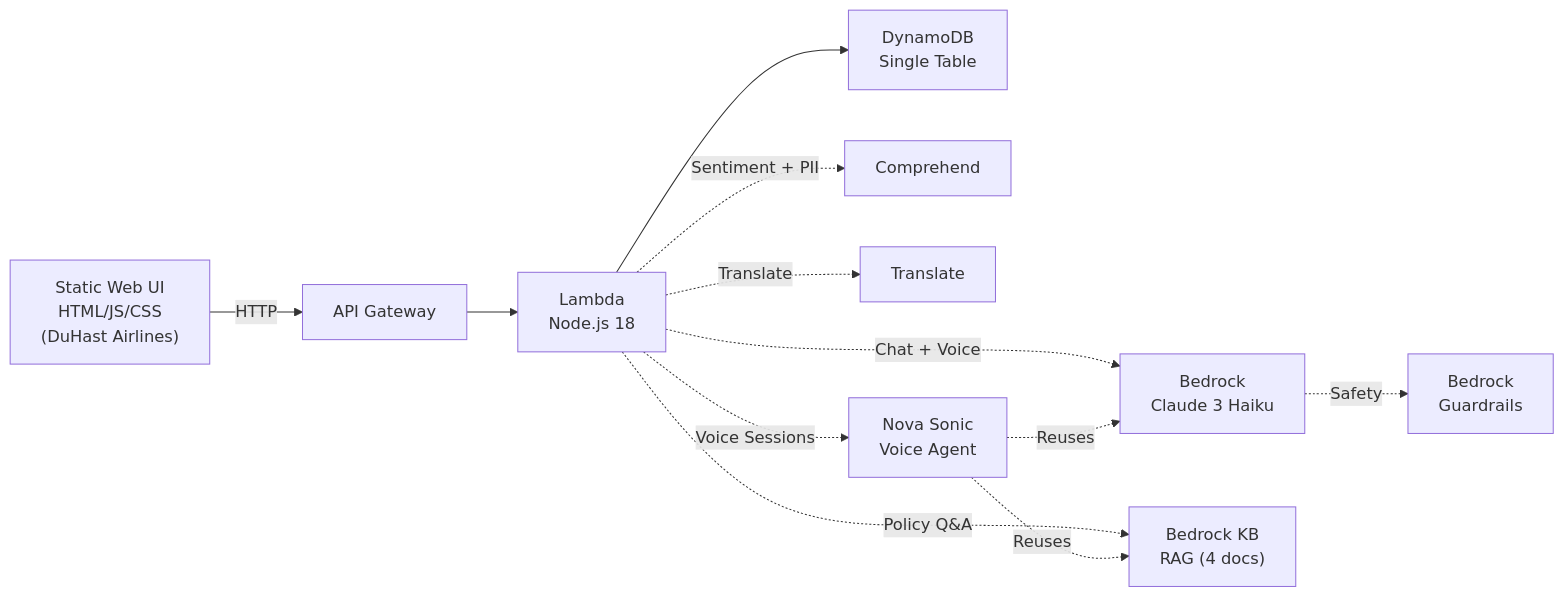
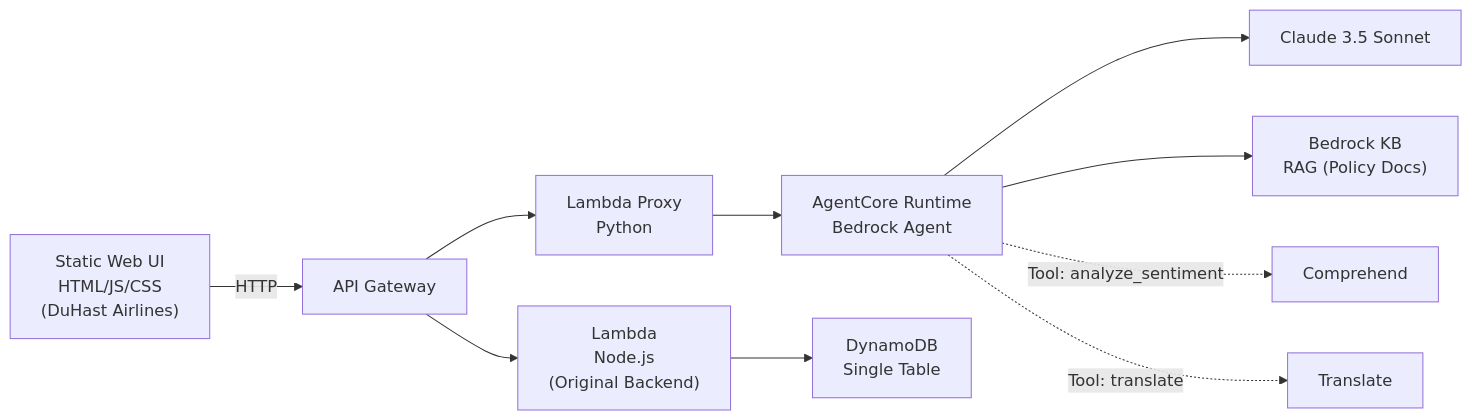
One commit to gtomwag/aws-gen-ai-ic-pia-bootcamp changed the diagram in docs/hackathon/project-report.md. Above: the diagram before and after it, drawn with Mermaid. The commit also changed other lines of this file and 1 other file, not shown here.

````diff
--- a/docs/hackathon/project-report.md
+++ b/docs/hackathon/project-report.md
@@ -130,14 +131,12 @@
 ```mermaid
 graph LR
     A["Static Web UI<br>HTML/JS/CSS<br>(DuHast Airlines)"] -->|HTTP| B["API Gateway"]
-    B --> C["Lambda<br>Node.js 18"]
-    C --> D["DynamoDB<br>Single Table"]
-    C -.->|"Chat + Voice"| E["Bedrock<br>Claude 3 Haiku"]
-    C -.->|"Policy Q&A"| KB["Bedrock KB<br>RAG (4 docs)"]
-    E -.->|"Safety"| BG["Bedrock<br>Guardrails"]
-    C -.->|"Sentiment + PII"| CO["Comprehend"]
-    C -.->|"Translate"| TR["Translate"]
-    C -.->|"Voice Sessions"| VS["Nova Sonic<br>Voice Agent"]
-    VS -.->|"Reuses"| E
-    VS -.->|"Reuses"| KB
+    B --> C["Lambda Proxy<br>Python"]
+    C --> D["AgentCore Runtime<br>Bedrock Agent"]
+    D --> E["Claude 3.5 Sonnet"]
+    D --> KB["Bedrock KB<br>RAG (Policy Docs)"]
+    D -.->|"Tool: analyze_sentiment"| CO["Comprehend"]
+    D -.->|"Tool: translate"| TR["Translate"]
+    B --> L["Lambda<br>Node.js<br>(Original Backend)"]
+    L --> DB["DynamoDB<br>Single Table"]
 ```
````
